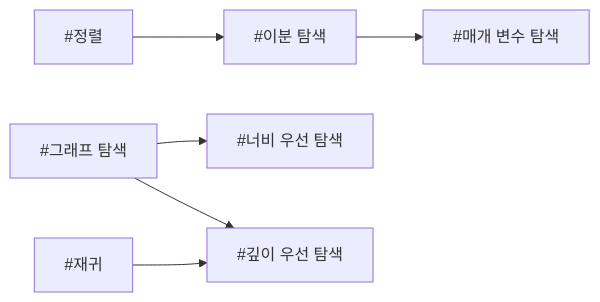
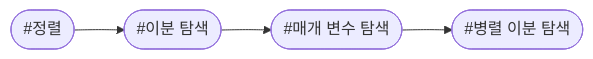
One commit to CHOYUNSIG/algorithm_with_boj changed the third of 12 diagrams in index.md. Above: the diagram before and after it, drawn with Mermaid. The commit also changed other lines of this file and 1 other file, not shown here.

```diff
--- a/index.md
+++ b/index.md
@@ -75,17 +100,12 @@
 <pre class="mermaid">
     graph LR
 
     #sorting --> #binary_search
     #binary_search --> #parametric_search
-    #graph_traversal --> #bfs
-    #graph_traversal --> #dfs
-    #recursion --> #dfs
+    #parametric_search --> #pbs
 
-    #graph_traversal[#그래프 탐색]
-    #dfs[#깊이 우선 탐색]
-    #bfs[#너비 우선 탐색]
-    #parametric_search[#매개 변수 탐색]
-    #binary_search[#이분 탐색]
-    #recursion[#재귀]
-    #sorting[#정렬]
+    #parametric_search(["#매개 변수 탐색"])
+    #pbs(["#병렬 이분 탐색"])
+    #binary_search(["#이분 탐색"])
+    #sorting(["#정렬"])
 </pre>
```
